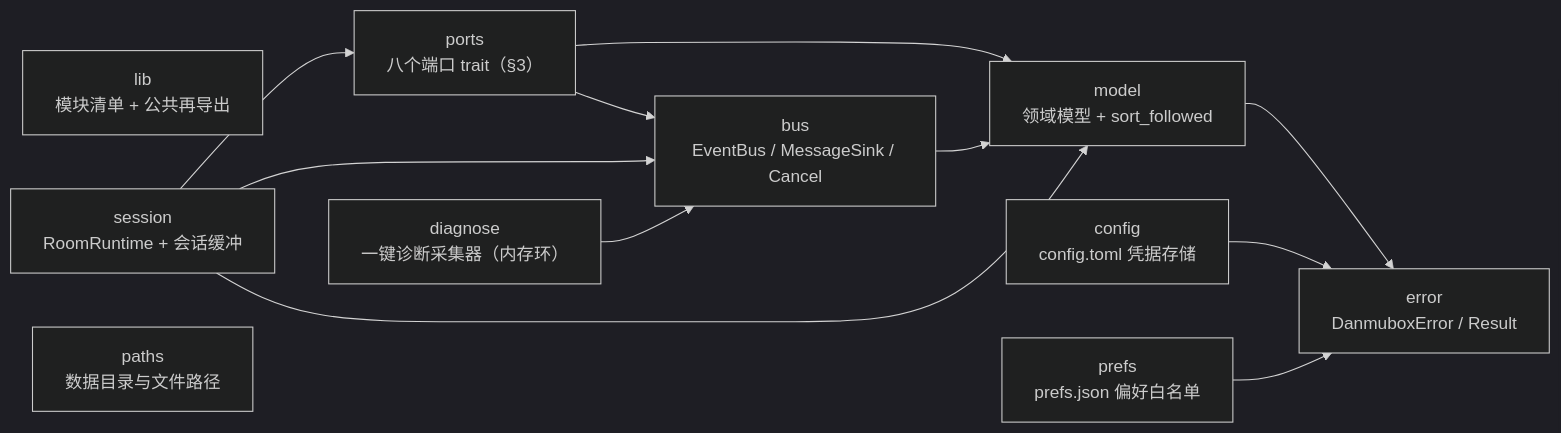
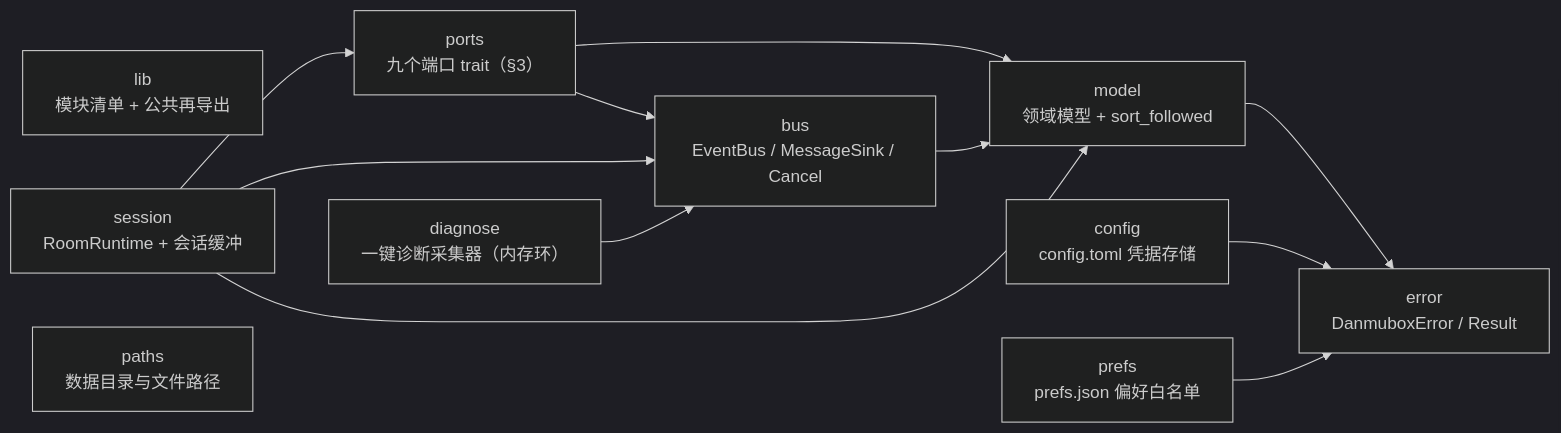
Before and after one commit to HakaseZ/danmubox: the second of 6 diagrams in docs/architecture.md, drawn with Mermaid (dark theme). The commit also changed other lines of this file and 20 other files, not shown here.

````diff
--- a/docs/architecture.md
+++ b/docs/architecture.md
@@ -67,24 +67,24 @@
 ```mermaid
 graph LR
   lib["lib<br/>模块清单 + 公共再导出"]
   error["error<br/>DanmuboxError / Result"]
   model["model<br/>领域模型 + sort_followed"]
-  ports["ports<br/>八个端口 trait（§3）"]
+  ports["ports<br/>九个端口 trait（§3）"]
   bus["bus<br/>EventBus / MessageSink / Cancel"]
   session["session<br/>RoomRuntime + 会话缓冲"]
   paths["paths<br/>数据目录与文件路径"]
   config["config<br/>config.toml 凭据存储"]
   prefs["prefs<br/>prefs.json 偏好白名单"]
   diagnose["diagnose<br/>一键诊断采集器（内存环）"]
 
   model --> error
   ports --> model
   ports --> bus
   bus --> model
   session --> ports
   session --> bus
   session --> model
   config --> error
   prefs --> error
   diagnose --> bus
 ```
````
